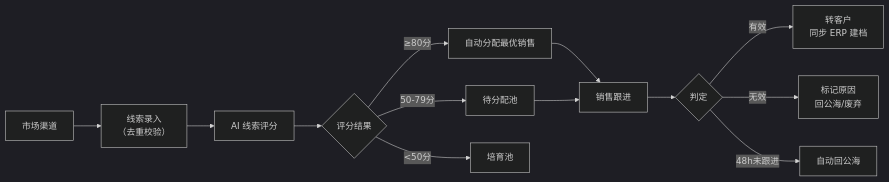
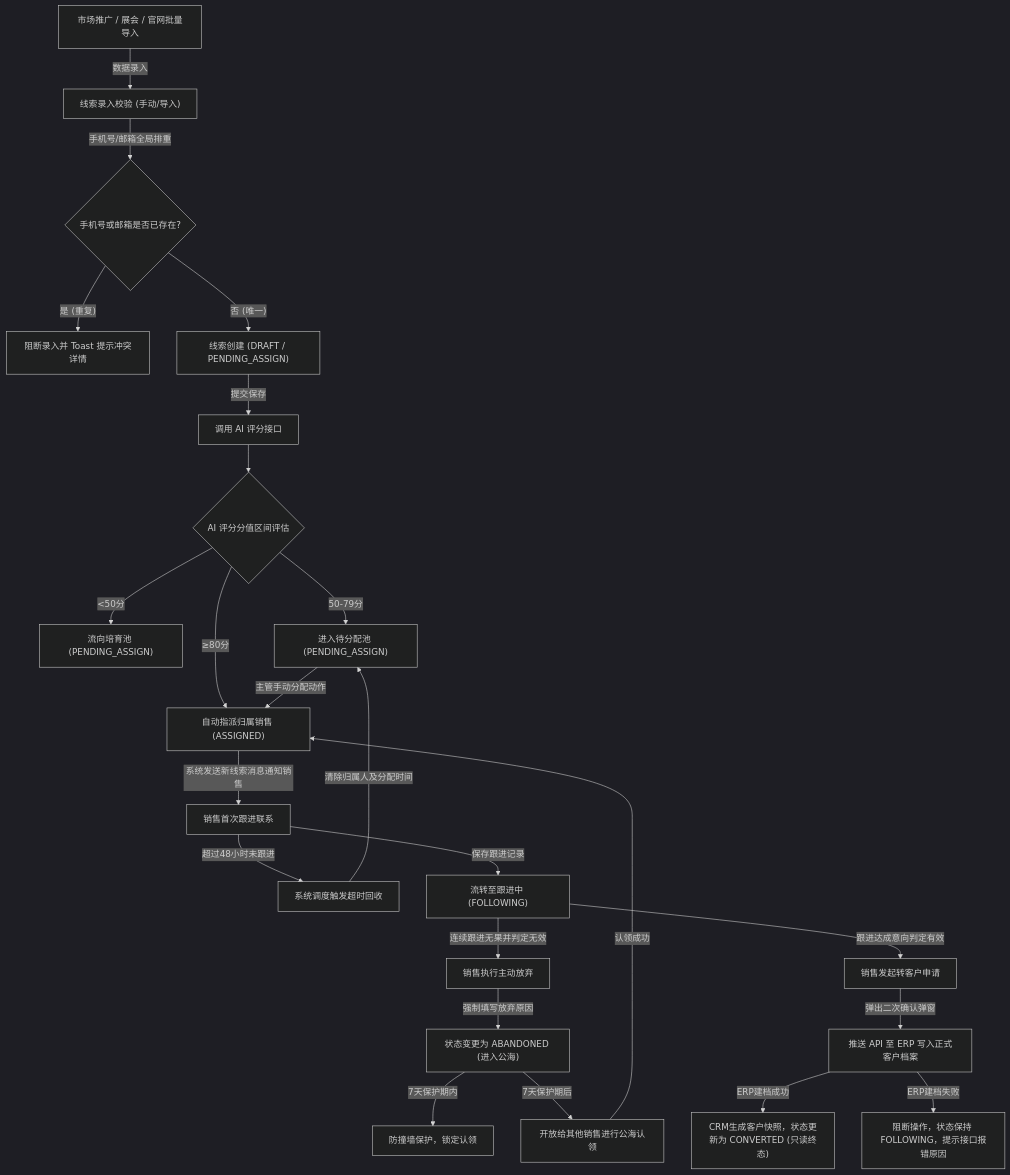
The first of 2 diagrams in prd-docs/线索管理/线索主PRD.md (lophyJessica/forge-crm), drawn with Mermaid (dark theme) before and after one commit. The commit also changed other lines of this file and 24 other files, not shown here.

````diff
--- a/prd-docs/线索管理/线索主PRD.md
+++ b/prd-docs/线索管理/线索主PRD.md
@@ -54,15 +64,26 @@
 ```mermaid
-flowchart LR
-    A["市场渠道"] --> B["线索录入<br/>（去重校验）"]
-    B --> C["AI 线索评分"]
-    C --> D{评分结果}
-    D -->|"≥80分"| E["自动分配最优销售"]
-    D -->|"50-79分"| F["待分配池"]
-    D -->|"<50分"| G["培育池"]
-    E --> H["销售跟进"]
-    F --> H
-    H --> I{判定}
-    I -->|"有效"| J["转客户<br/>同步 ERP 建档"]
-    I -->|"无效"| K["标记原因<br/>回公海/废弃"]
-    I -->|"48h未跟进"| L["自动回公海"]
+flowchart TD
+    A["市场推广 / 展会 / 官网批量导入"] -->|数据录入| B["线索录入校验 (手动/导入)"]
+    B -->|手机号/邮箱全局排重| C{"手机号或邮箱是否已存在?"}
+    C -->|"是 (重复)"| D["阻断录入并 Toast 提示冲突详情"]
+    C -->|"否 (唯一)"| E["线索创建 (DRAFT / PENDING_ASSIGN)"]
+    E -->|提交保存| F["调用 AI 评分接口"]
+    F --> G{"AI 评分分值区间评估"}
+    G -->|"<50分"| H["流向培育池 (PENDING_ASSIGN)"]
+    G -->|"50-79分"| I["进入待分配池 (PENDING_ASSIGN)"]
+    G -->|"≥80分"| J["自动指派归属销售 (ASSIGNED)"]
+    I -->|主管手动分配动作| J
+    J -->|系统发送新线索消息通知销售| K["销售首次跟进联系"]
+    K -->|超过48小时未跟进| L["系统调度触发超时回收"]
+    L -->|清除归属人及分配时间| I
+    K -->|保存跟进记录| M["流转至跟进中 (FOLLOWING)"]
+    M -->|连续跟进无果并判定无效| N["销售执行主动放弃"]
+    N -->|强制填写放弃原因| O["状态变更为 ABANDONED (进入公海)"]
+    O -->|7天保护期内| P["防撞墙保护，锁定认领"]
+    O -->|7天保护期后| Q["开放给其他销售进行公海认领"]
+    Q -->|认领成功| J
+    M -->|跟进达成意向判定有效| R["销售发起转客户申请"]
+    R -->|弹出二次确认弹窗| S["推送 API 至 ERP 写入正式客户档案"]
+    S -->|ERP建档成功| T["CRM生成客户快照，状态更新为 CONVERTED (只读终态)"]
+    S -->|ERP建档失败| U["阻断操作，状态保持 FOLLOWING，提示接口报错原因"]
 ```
````
